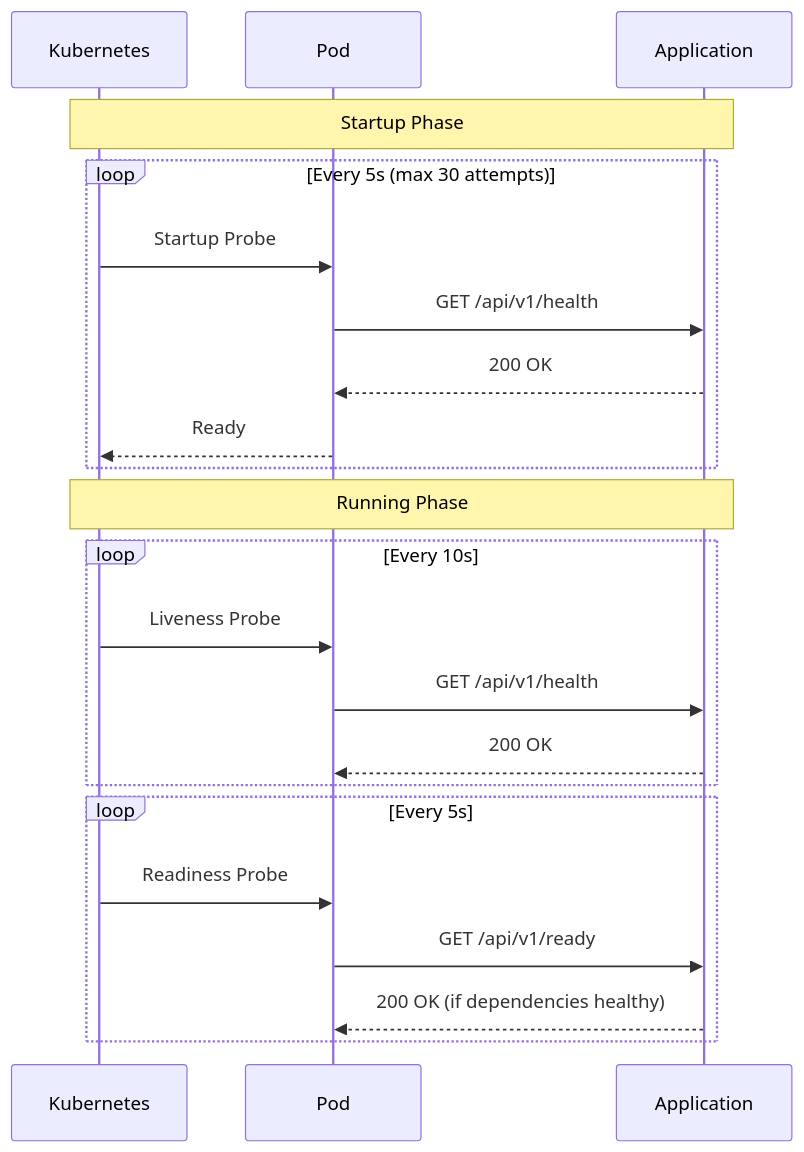
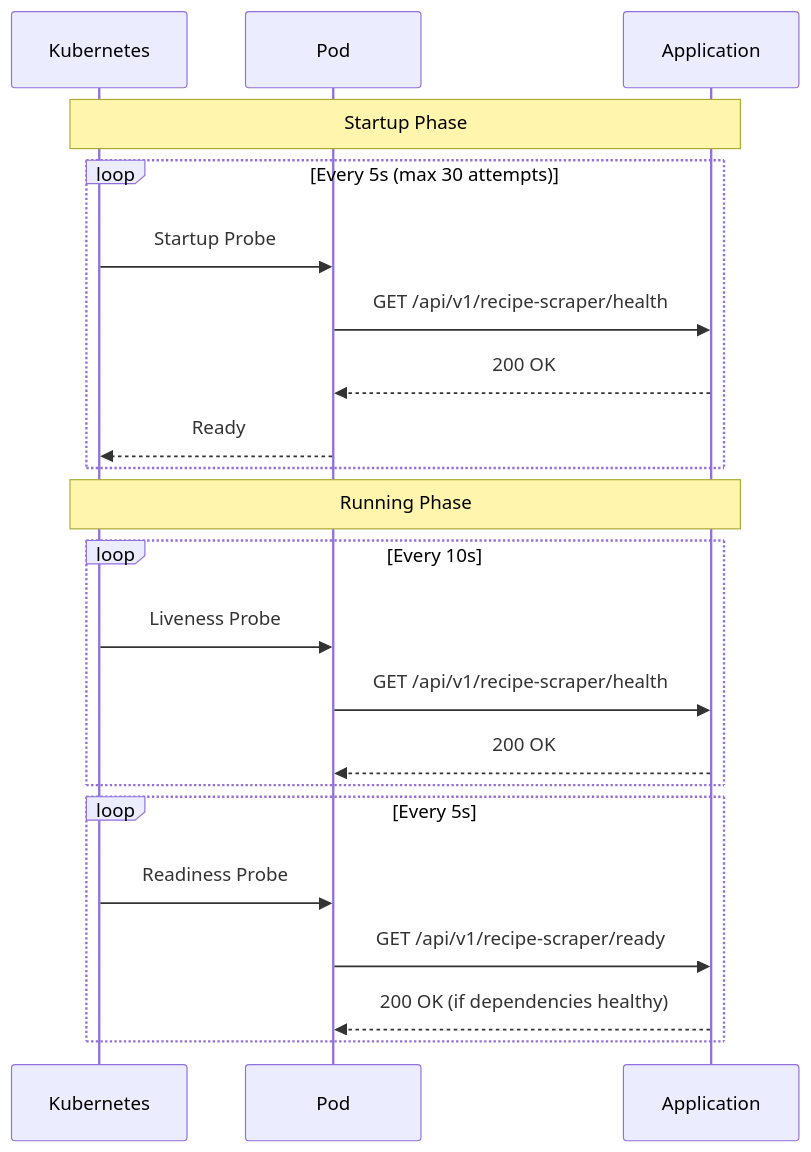
One commit to Recipe-Web-App/recipe-scraper-service changed the seventh of 8 diagrams in docs/deployment.md. Above: the diagram before and after it, drawn with Mermaid. The commit also changed other lines of this file and 23 other files, not shown here.

````diff
--- a/docs/deployment.md
+++ b/docs/deployment.md
@@ -448,27 +448,27 @@
 ```mermaid
 sequenceDiagram
     participant K as Kubernetes
     participant P as Pod
     participant A as Application
 
     Note over K,A: Startup Phase
     loop Every 5s (max 30 attempts)
         K->>P: Startup Probe
-        P->>A: GET /api/v1/health
+        P->>A: GET /api/v1/recipe-scraper/health
         A-->>P: 200 OK
         P-->>K: Ready
     end
 
     Note over K,A: Running Phase
     loop Every 10s
         K->>P: Liveness Probe
-        P->>A: GET /api/v1/health
+        P->>A: GET /api/v1/recipe-scraper/health
         A-->>P: 200 OK
     end
 
     loop Every 5s
         K->>P: Readiness Probe
-        P->>A: GET /api/v1/ready
+        P->>A: GET /api/v1/recipe-scraper/ready
         A-->>P: 200 OK (if dependencies healthy)
     end
 ```
````
